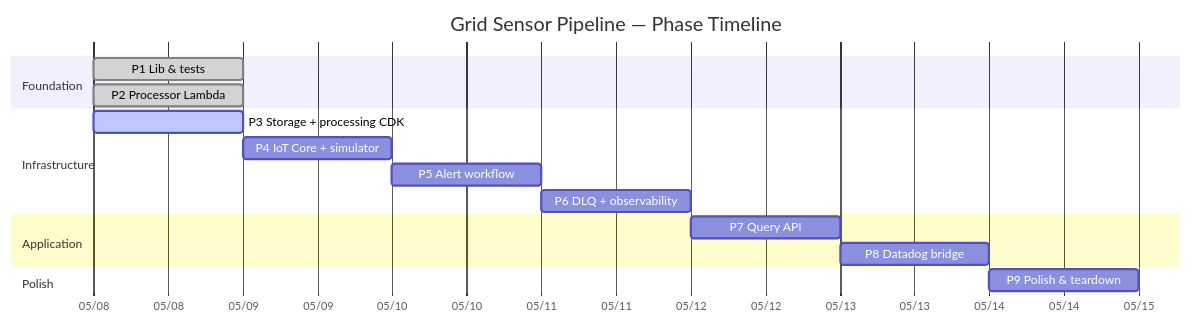
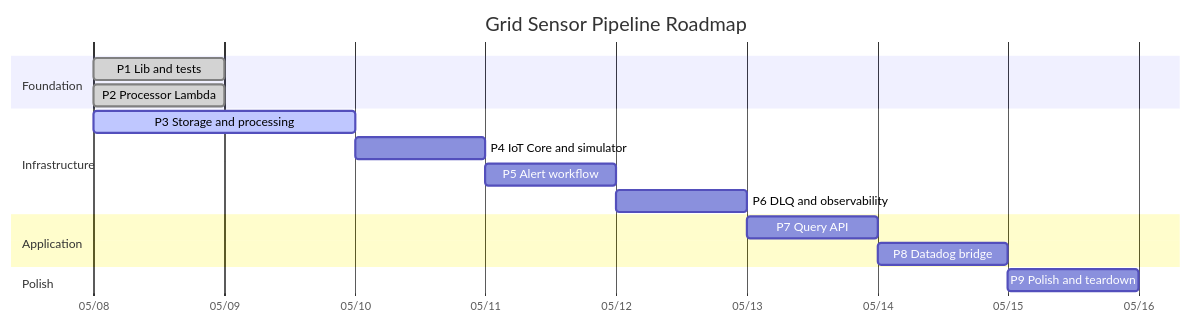
Before and after one commit to amusto/Grid-Sensor-Pipeline: the diagram in ROADMAP.md, drawn with Mermaid.

Commit message:
Phase 3: Fixed Mermaid render

````diff
--- a/ROADMAP.md
+++ b/ROADMAP.md
@@ -57,23 +57,19 @@
 ```mermaid
 gantt
-    title Grid Sensor Pipeline — Phase Timeline
+    title Grid Sensor Pipeline Roadmap
     dateFormat YYYY-MM-DD
     axisFormat %m/%d
-
     section Foundation
-    P1 Lib & tests              :done, p1, 2026-05-08, 1d
-    P2 Processor Lambda         :done, p2, 2026-05-08, 1d
-
+    P1 Lib and tests              :done,   p1, 2026-05-08, 1d
+    P2 Processor Lambda           :done,   p2, 2026-05-08, 1d
     section Infrastructure
-    P3 Storage + processing CDK :active, p3, 2026-05-08, 1d
-    P4 IoT Core + simulator     :p4, after p3, 1d
-    P5 Alert workflow           :p5, after p4, 1d
-    P6 DLQ + observability      :p6, after p5, 1d
-
+    P3 Storage and processing     :active, p3, 2026-05-08, 2d
+    P4 IoT Core and simulator     :        p4, after p3, 1d
+    P5 Alert workflow             :        p5, after p4, 1d
+    P6 DLQ and observability      :        p6, after p5, 1d
     section Application
-    P7 Query API                :p7, after p6, 1d
-    P8 Datadog bridge           :p8, after p7, 1d
-
+    P7 Query API                  :        p7, after p6, 1d
+    P8 Datadog bridge             :        p8, after p7, 1d
     section Polish
-    P9 Polish & teardown        :p9, after p8, 1d
+    P9 Polish and teardown        :        p9, after p8, 1d
 ```
````
